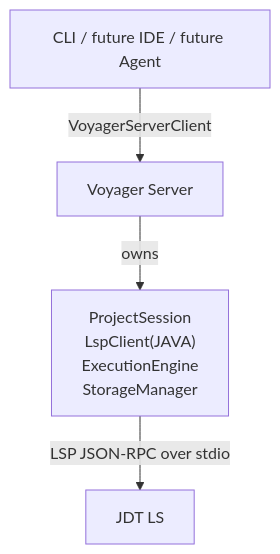
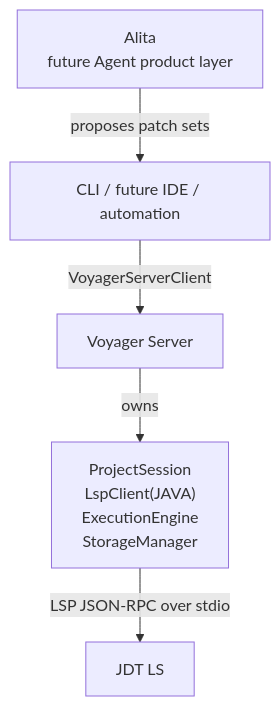
Before and after one commit to Dino-Stark/voyager: the first of 4 diagrams in designs/V1/Architecture V1.md, drawn with Mermaid. The commit also changed other lines of this file and 4 other files, not shown here.

Commit message:
Future work: The Alita Agent.

````diff
--- a/designs/V1/Architecture V1.md
+++ b/designs/V1/Architecture V1.md
@@ -44,11 +44,13 @@
 ```mermaid
 flowchart TD
-    clients["CLI / future IDE / future Agent"]
+    alita["Alita<br/>future Agent product layer"]
+    clients["CLI / future IDE / automation"]
     server["Voyager Server"]
     session["ProjectSession<br/>LspClient(JAVA)<br/>ExecutionEngine<br/>StorageManager"]
     jdtls["JDT LS"]
 
+    alita -->|"proposes patch sets"| clients
     clients -->|"VoyagerServerClient"| server
     server -->|"owns"| session
     session -->|"LSP JSON-RPC over stdio"| jdtls
 ```
````
